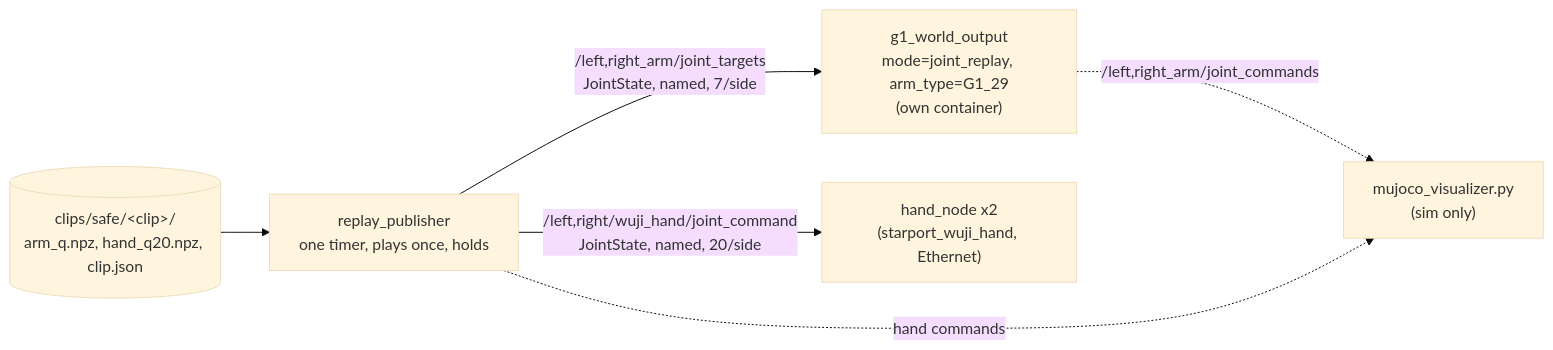
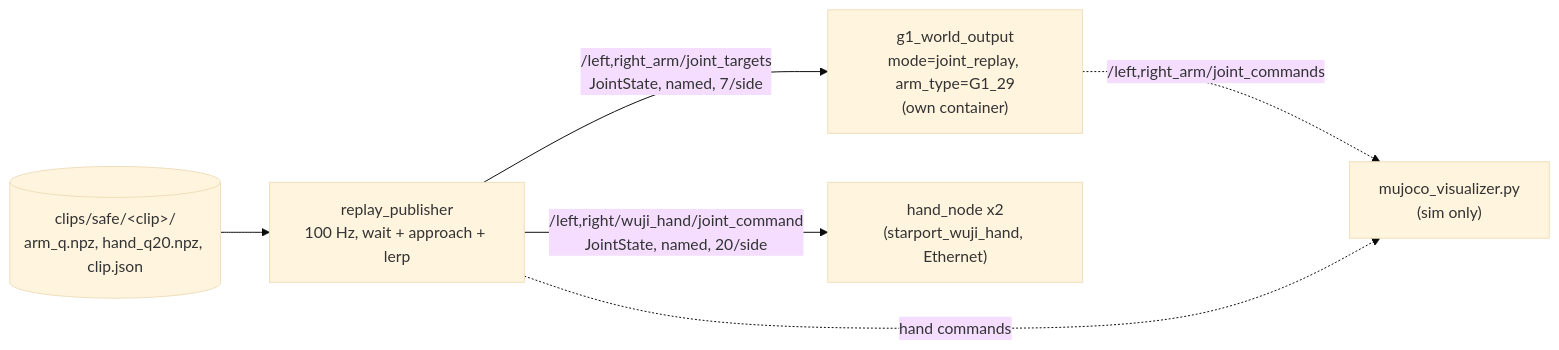
Before and after one commit to MSC-Wuji-Teleop/wuji-hand-teleop: the third of 3 diagrams in docs/architecture.md, drawn with Mermaid (base theme). The commit also changed other lines of this file and 12 other files, not shown here.

First line of the commit message:
Integration: wait for consumers, approach frame 0, and interpolate at 100 Hz

````diff
--- a/docs/architecture.md
+++ b/docs/architecture.md
@@ -280,14 +281,14 @@
 ```mermaid
 graph LR
     CLIP[("clips/safe/&lt;clip&gt;/<br/>arm_q.npz, hand_q20.npz, clip.json")]
-    PUB["replay_publisher<br/>one timer, plays once, holds"]
+    PUB["replay_publisher<br/>100 Hz, wait + approach + lerp"]
     G1O["g1_world_output<br/>mode=joint_replay, arm_type=G1_29<br/>(own container)"]
     HN["hand_node x2<br/>(starport_wuji_hand, Ethernet)"]
     VIZ["mujoco_visualizer.py<br/>(sim only)"]
 
     CLIP --> PUB
     PUB -->|"/left,right_arm/joint_targets<br/>JointState, named, 7/side"| G1O
     PUB -->|"/left,right/wuji_hand/joint_command<br/>JointState, named, 20/side"| HN
     G1O -.->|"/left,right_arm/joint_commands"| VIZ
     PUB -.->|"hand commands"| VIZ
 ```
````
